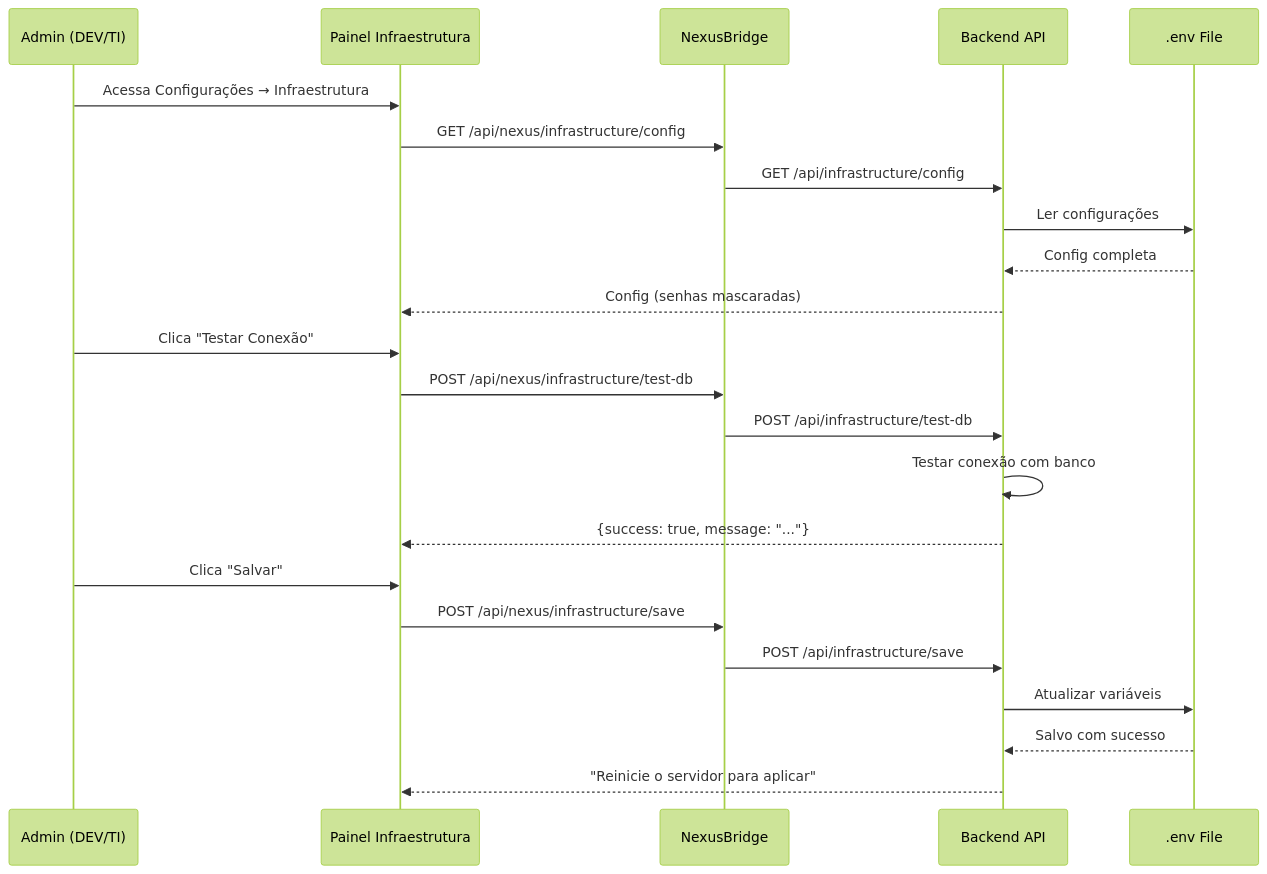
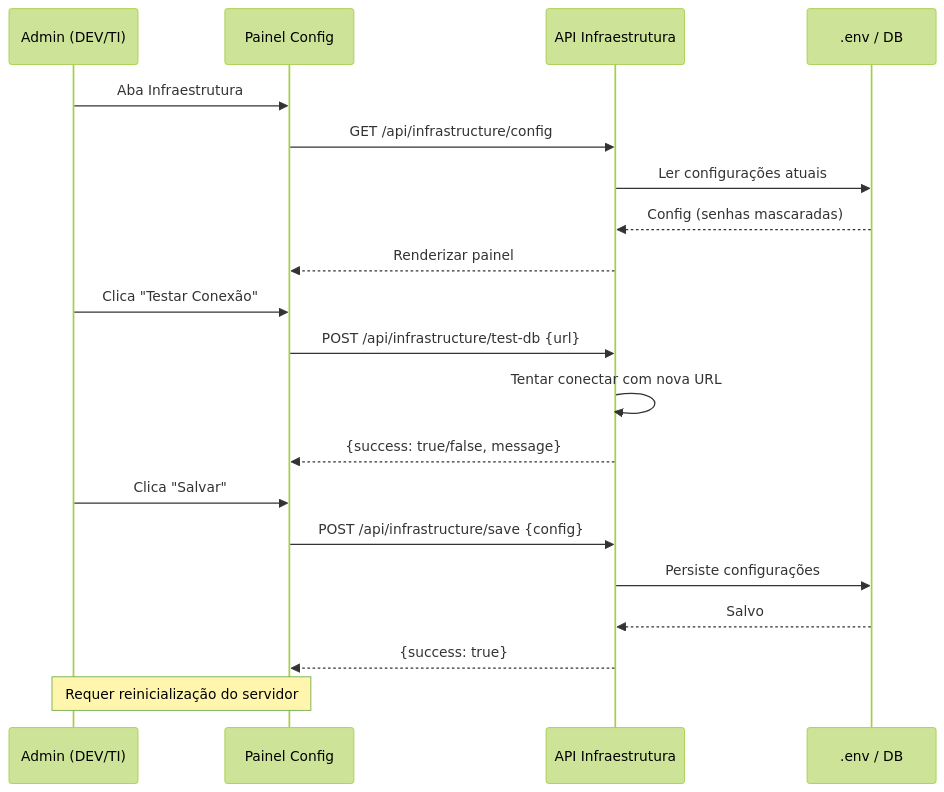
One commit to charaodaniel/CityMotion changed the eighth of 8 diagrams in docs/DIAGRAMS.md. Above: the diagram before and after it, drawn with Mermaid (forest theme). The commit also changed other lines of this file and 99 other files, not shown here.

````diff
--- a/docs/DIAGRAMS.md
+++ b/docs/DIAGRAMS.md
@@ -140,28 +244,25 @@
 ```mermaid
 sequenceDiagram
     participant Admin as Admin (DEV/TI)
-    participant UI as Painel Infraestrutura
-    participant Bridge as NexusBridge
-    participant API as Backend API
-    participant Env as .env File
+    participant UI as Painel Config
+    participant API as API Infraestrutura
+    participant Env as .env / DB
 
-    Admin->>UI: Acessa Configurações → Infraestrutura
-    UI->>Bridge: GET /api/nexus/infrastructure/config
-    Bridge->>API: GET /api/infrastructure/config
-    API->>Env: Ler configurações
-    Env-->>API: Config completa
-    API-->>UI: Config (senhas mascaradas)
-    
+    Admin->>UI: Aba Infraestrutura
+    UI->>API: GET /api/infrastructure/config
+    API->>Env: Ler configurações atuais
+    Env-->>API: Config (senhas mascaradas)
+    API-->>UI: Renderizar painel
+
     Admin->>UI: Clica "Testar Conexão"
-    UI->>Bridge: POST /api/nexus/infrastructure/test-db
-    Bridge->>API: POST /api/infrastructure/test-db
-    API->>API: Testar conexão com banco
-    API-->>UI: {success: true, message: "..."}
-    
+    UI->>API: POST /api/infrastructure/test-db {url}
+    API->>API: Tentar conectar com nova URL
+    API-->>UI: {success: true/false, message}
+
     Admin->>UI: Clica "Salvar"
-    UI->>Bridge: POST /api/nexus/infrastructure/save
-    Bridge->>API: POST /api/infrastructure/save
-    API->>Env: Atualizar variáveis
-    Env-->>API: Salvo com sucesso
-    API-->>UI: "Reinicie o servidor para aplicar"
+    UI->>API: POST /api/infrastructure/save {config}
+    API->>Env: Persiste configurações
+    Env-->>API: Salvo
+    API-->>UI: {success: true}
+    Note over Admin,UI: Requer reinicialização do servidor
 ```
````
